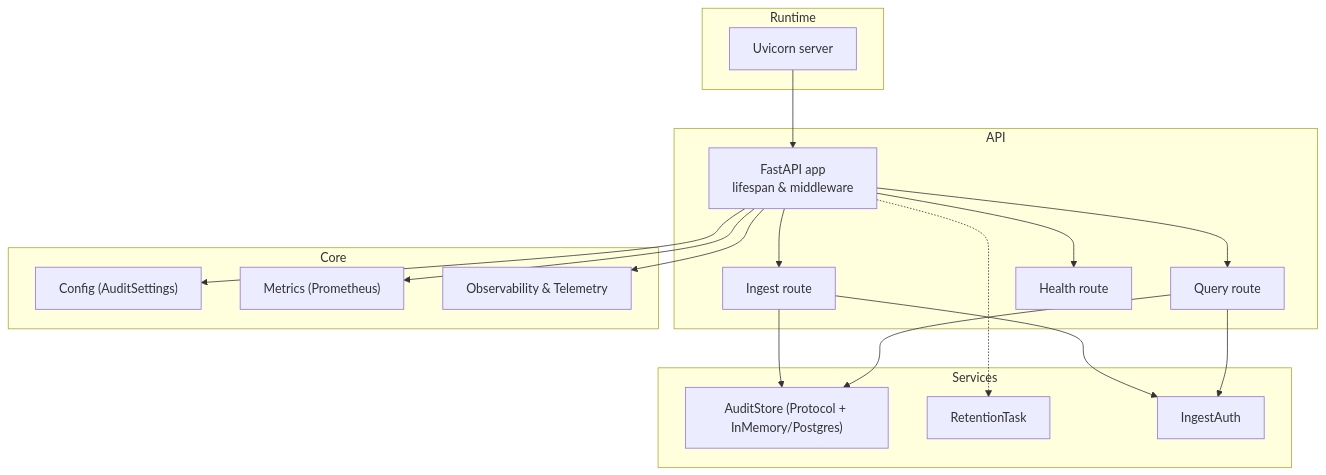
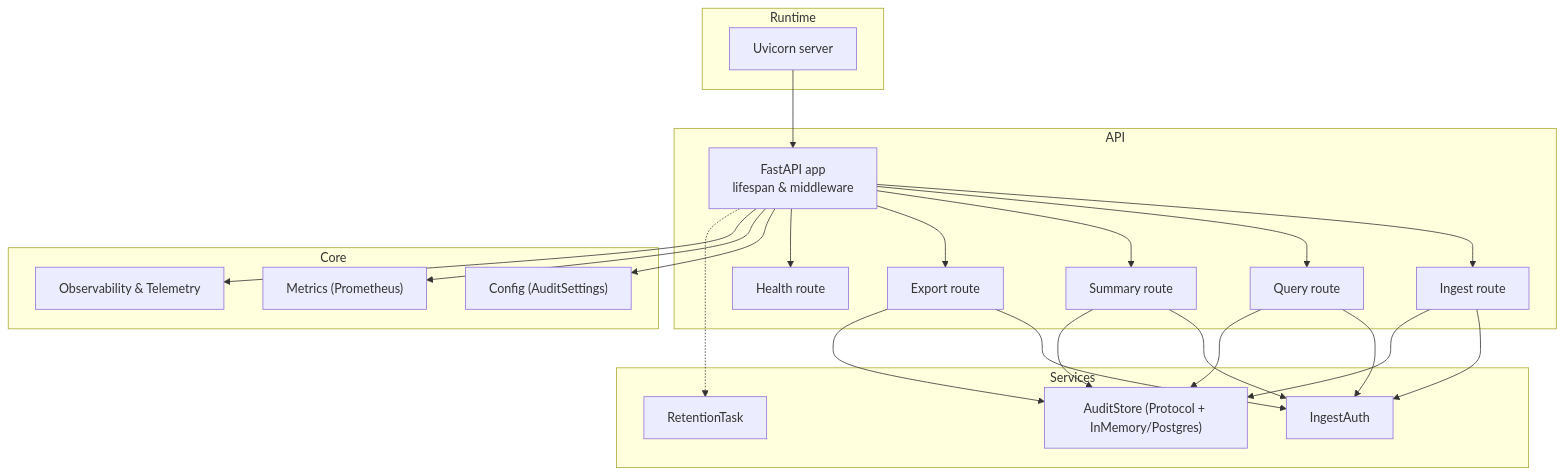
The first of 13 diagrams in .qoder/repowiki/en/content/Architecture Documentation/Audit Service Product.md (metasync/luban-aiops), drawn with Mermaid before and after one commit. The commit also changed other lines of this file and 4 other files, not shown here.

````diff
--- a/.qoder/repowiki/en/content/Architecture Documentation/Audit Service Product.md
+++ b/.qoder/repowiki/en/content/Architecture Documentation/Audit Service Product.md
@@ -69,34 +79,42 @@
 ```mermaid
 graph TB
 subgraph "API"
 A["FastAPI app<br/>lifespan & middleware"]
 R1["Ingest route"]
 R2["Query route"]
-R3["Health route"]
+R3["Summary route"]
+R4["Export route"]
+R5["Health route"]
 end
 subgraph "Services"
 S1["AuditStore (Protocol + InMemory/Postgres)"]
 S2["RetentionTask"]
 S3["IngestAuth"]
 end
 subgraph "Core"
 C1["Config (AuditSettings)"]
 C2["Metrics (Prometheus)"]
 C3["Observability & Telemetry"]
 end
 subgraph "Runtime"
 M["Uvicorn server"]
 end
 M --> A
 A --> R1
 A --> R2
 A --> R3
+A --> R4
+A --> R5
 R1 --> S3
 R1 --> S1
 R2 --> S3
 R2 --> S1
+R3 --> S3
+R3 --> S1
+R4 --> S3
+R4 --> S1
 A --> C1
 A --> C2
 A --> C3
 A -.-> S2
 ```
````
